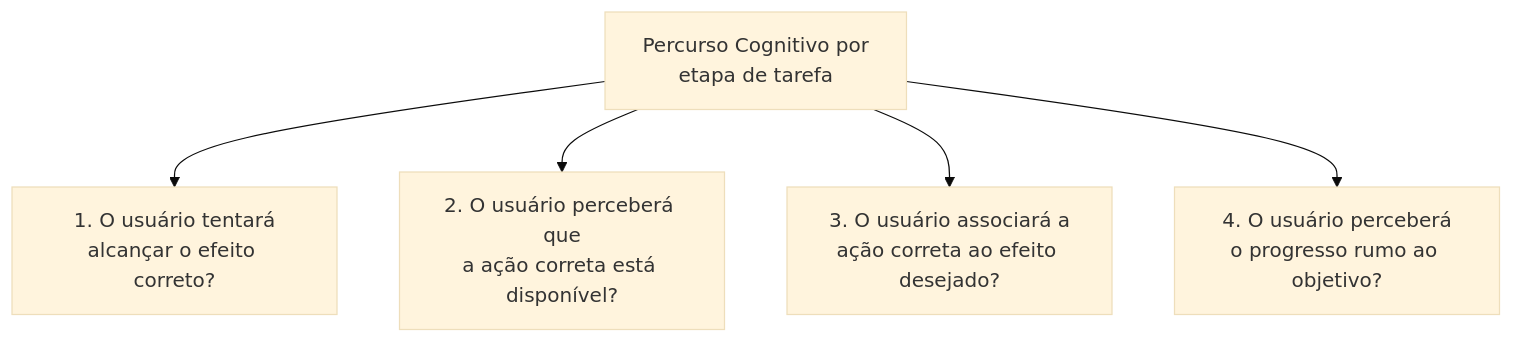
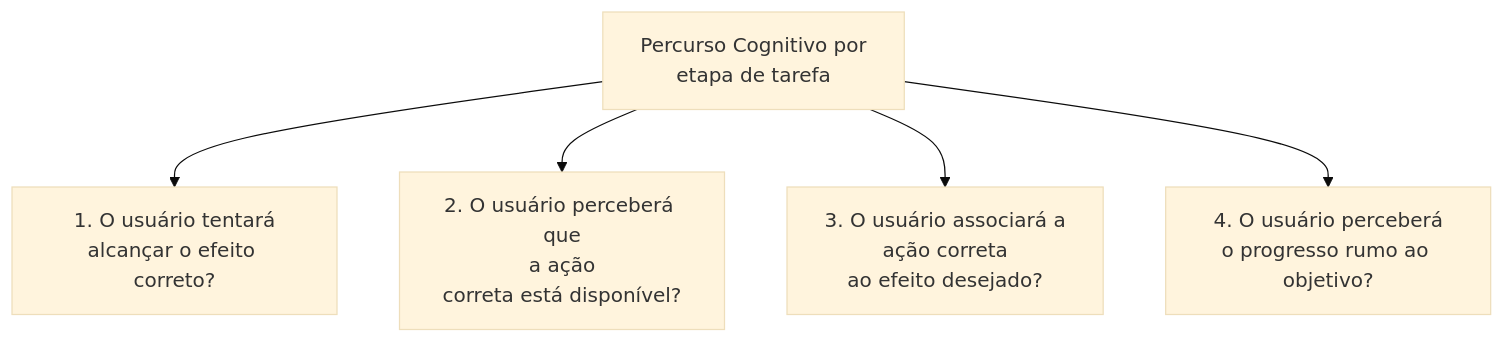
The fourth of 4 diagrams in 08. Design de Interacao/20. Avaliação por inspeção - avaliação heurística e percurso cognitivo.md (leorruas/puc), drawn with Mermaid (base theme) before and after one commit. The commit also changed 5 other files, not shown here.

````diff
--- a/08. Design de Interacao/20. Avaliação por inspeção - avaliação heurística e percurso cognitivo.md
+++ b/08. Design de Interacao/20. Avaliação por inspeção - avaliação heurística e percurso cognitivo.md
@@ -117,7 +117,7 @@
 ```mermaid
 graph TD
     PC["Percurso Cognitivo por<br>etapa de tarefa"] --> Q1["1. O usuário tentará<br>alcançar o efeito correto?"]
-    PC --> Q2["2. O usuário perceberá que<br>a ação correta está disponível?"]
-    PC --> Q3["3. O usuário associará a<br>ação correta ao efeito desejado?"]
+    PC --> Q2["2. O usuário perceberá que<br>a ação<br>correta está disponível?"]
+    PC --> Q3["3. O usuário associará a<br>ação correta<br>ao efeito desejado?"]
     PC --> Q4["4. O usuário perceberá<br>o progresso rumo ao objetivo?"]
 ```
````
